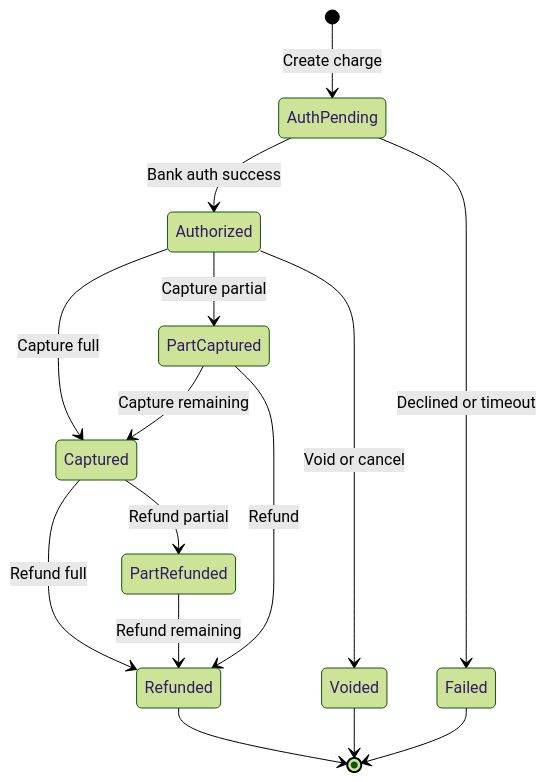
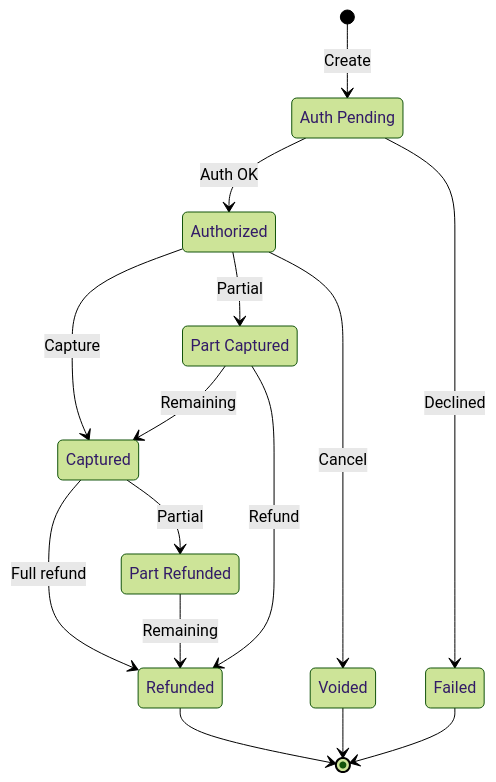
Before and after one commit to ajnarasi/apm-checkout: the second of 4 diagrams in Documents/Work/Projects/APM/output/ideal-via-ppro/PRD.md, drawn with Mermaid (forest theme). The commit also changed 13 other files, not shown here.

````diff
--- a/Documents/Work/Projects/APM/output/ideal-via-ppro/PRD.md
+++ b/Documents/Work/Projects/APM/output/ideal-via-ppro/PRD.md
@@ -168,17 +168,26 @@
 ```mermaid
 stateDiagram-v2
-    [*] --> AuthPending : Create charge
-    AuthPending --> Authorized : Bank auth success
-    AuthPending --> Failed : Declined or timeout
-    Authorized --> Captured : Capture full
-    Authorized --> PartCaptured : Capture partial
-    Authorized --> Voided : Void or cancel
-    PartCaptured --> Captured : Capture remaining
-    PartCaptured --> Refunded : Refund
-    Captured --> Refunded : Refund full
-    Captured --> PartRefunded : Refund partial
-    PartRefunded --> Refunded : Refund remaining
-    Failed --> [*]
-    Voided --> [*]
-    Refunded --> [*]
+    state "Auth Pending" as AP
+    state "Authorized" as AU
+    state "Captured" as CA
+    state "Part Captured" as PC
+    state "Refunded" as RE
+    state "Part Refunded" as PR
+    state "Voided" as VO
+    state "Failed" as FA
+
+    [*] --> AP : Create
+    AP --> AU : Auth OK
+    AP --> FA : Declined
+    AU --> CA : Capture
+    AU --> PC : Partial
+    AU --> VO : Cancel
+    PC --> CA : Remaining
+    PC --> RE : Refund
+    CA --> RE : Full refund
+    CA --> PR : Partial
+    PR --> RE : Remaining
+    FA --> [*]
+    VO --> [*]
+    RE --> [*]
 ```
````
